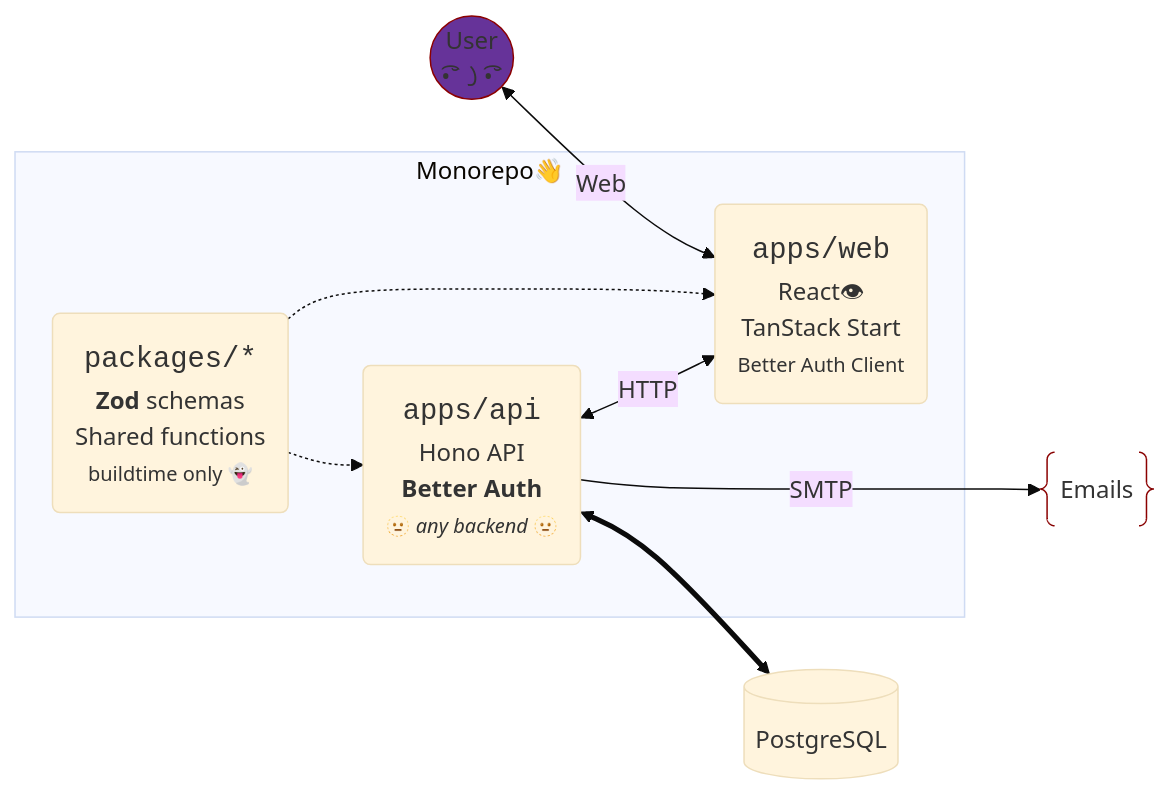
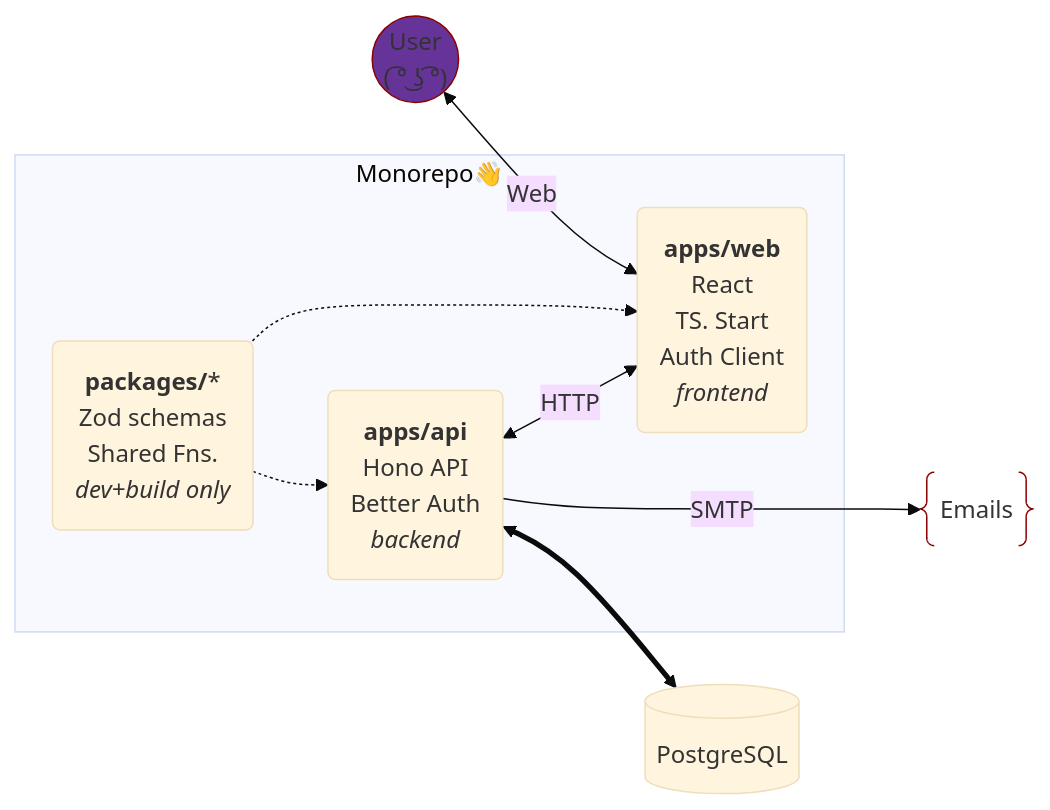
The diagram in README.md (SubZtep/admin-starter), drawn with Mermaid (base theme) before and after one commit. The commit also changed other lines of this file and 2 other files, not shown here.

````diff
--- a/README.md
+++ b/README.md
@@ -13,29 +13,30 @@
 ```mermaid
 flowchart LR
   subgraph "Monorepo👋"
-  A("`<big><tt>apps/api</tt></big>
+  A("`**apps/api**
   Hono API
-  <strong>Better Auth</strong>
-    <small>🫥 _any backend_ 🫥</small>
+  Better Auth
+  _backend_</small>
   `")
-  W("`<big><tt>apps/web</tt></big>
-  React👁
-  TanStack Start
-  <small>Better Auth Client</small>`")
-  S("`<big><tt>packages/*</tt></big>
-  **Zod** schemas
-  Shared functions
-  <small>buildtime only 👻</small>`")
+  W("`**apps/web**
+  React
+  TS. Start
+  Auth Client
+  _frontend_`")
+  S("`**packages/***
+  Zod schemas
+  Shared Fns.
+  _dev+build only_`")
   end
-  U@{ shape: circ, label: "User\n•͡˘㇁•͡˘" }
+  U@{ shape: circ, label: "User\n( ͡° ͜ʖ ͡°)" }
   D@{ shape: cyl, label: "PostgreSQL" }
   E@{ shape: braces, label: "Emails" }
   U <-->|Web| W
   S -.-> W
   S -.-> A
   A <==> D
   A <-->|HTTP| W
   A -- SMTP ---> E
   style U fill:rebeccapurple,stroke:darkred,stroke-width:1px
   style E fill:black,stroke:darkred,stroke-style:dashed,stroke-width:1px
 ```
````
